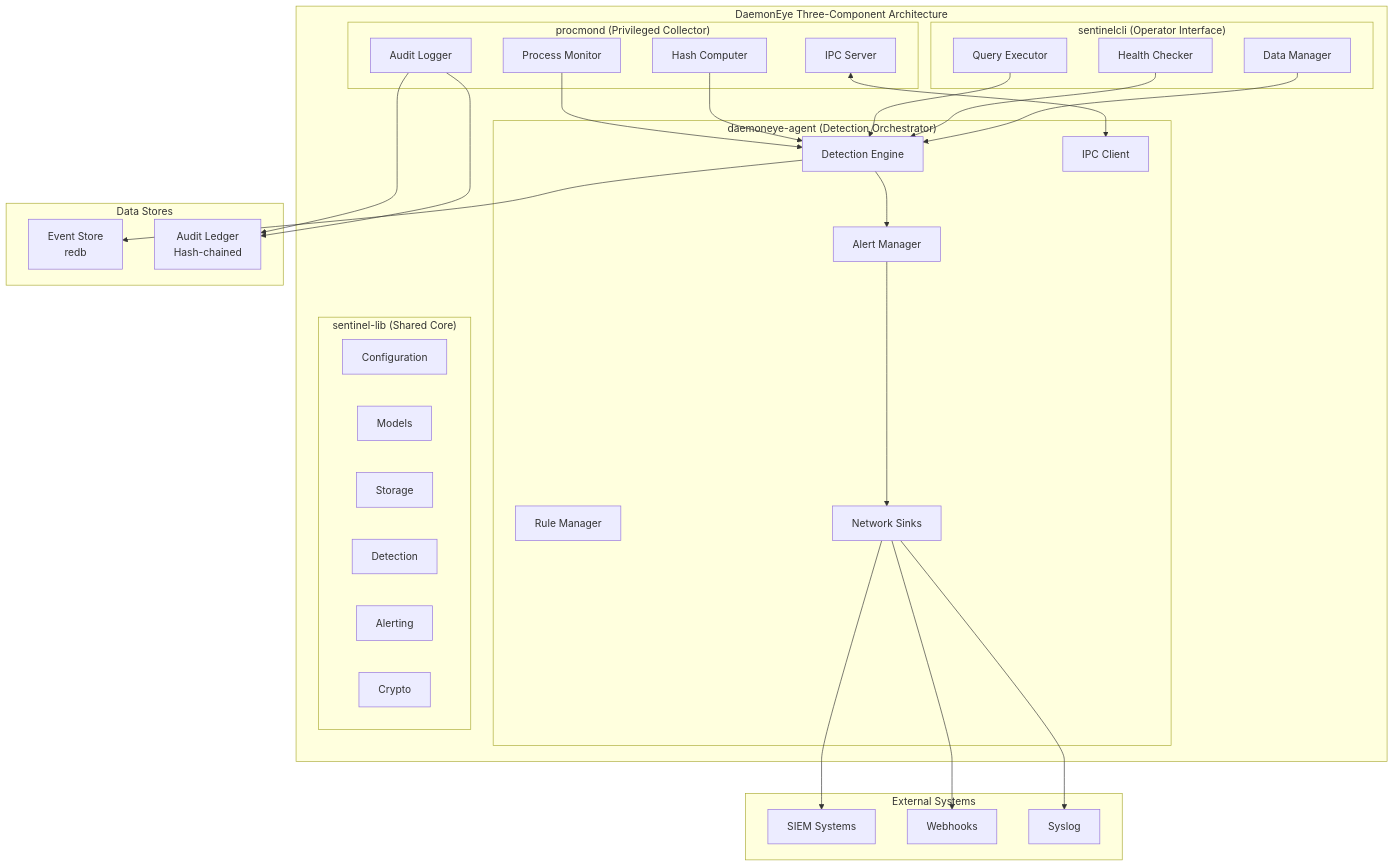
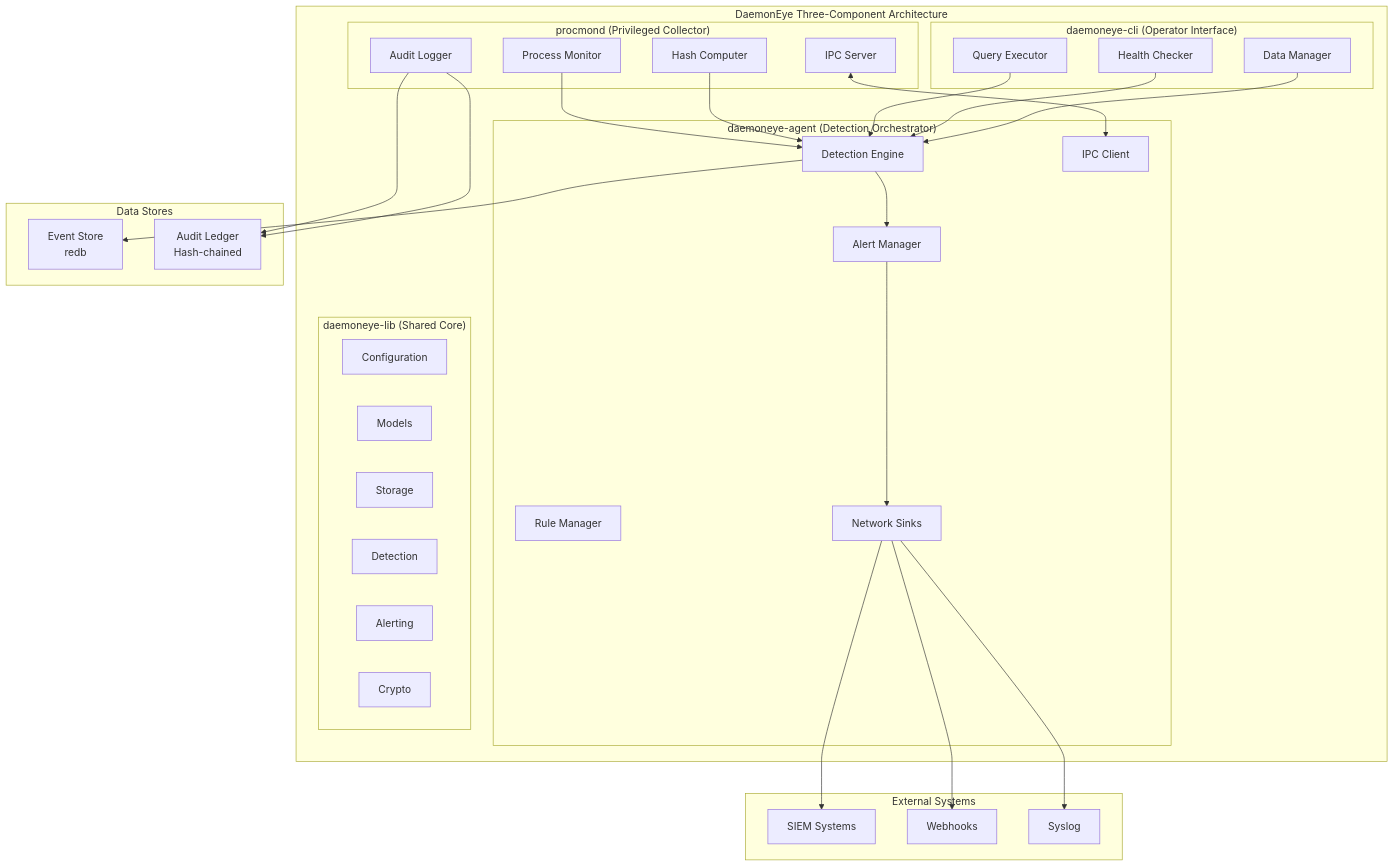
Before and after one commit to EvilBit-Labs/DaemonEye: the first of 4 diagrams in docs/src/architecture/system-architecture.md, drawn with Mermaid. The commit also changed other lines of this file and 24 other files, not shown here.

````diff
--- a/docs/src/architecture/system-architecture.md
+++ b/docs/src/architecture/system-architecture.md
@@ -9,60 +9,60 @@
 ```mermaid
 graph TB
     subgraph "DaemonEye Three-Component Architecture"
         subgraph "procmond (Privileged Collector)"
             PM[Process Monitor]
             HC[Hash Computer]
             AL[Audit Logger]
             IPC1[IPC Server]
         end
 
         subgraph "daemoneye-agent (Detection Orchestrator)"
             DE[Detection Engine]
             AM[Alert Manager]
             RM[Rule Manager]
             IPC2[IPC Client]
             NS[Network Sinks]
         end
 
-        subgraph "sentinelcli (Operator Interface)"
+        subgraph "daemoneye-cli (Operator Interface)"
             QE[Query Executor]
             HC2[Health Checker]
             DM[Data Manager]
         end
 
-        subgraph "sentinel-lib (Shared Core)"
+        subgraph "daemoneye-lib (Shared Core)"
             CFG[Configuration]
             MOD[Models]
             STO[Storage]
             DET[Detection]
             ALT[Alerting]
             CRY[Crypto]
         end
     end
 
     subgraph "Data Stores"
         ES[Event Store<br/>redb]
         AL2[Audit Ledger<br/>Hash-chained]
     end
 
     subgraph "External Systems"
         SIEM[SIEM Systems]
         WEBHOOK[Webhooks]
         SYSLOG[Syslog]
     end
 
     PM --> DE
     HC --> DE
     AL --> AL2
     IPC1 <--> IPC2
     DE --> AM
     AM --> NS
     NS --> SIEM
     NS --> WEBHOOK
     NS --> SYSLOG
     QE --> DE
     HC2 --> DE
     DM --> DE
     DE --> ES
     AL --> AL2
 ```
````
